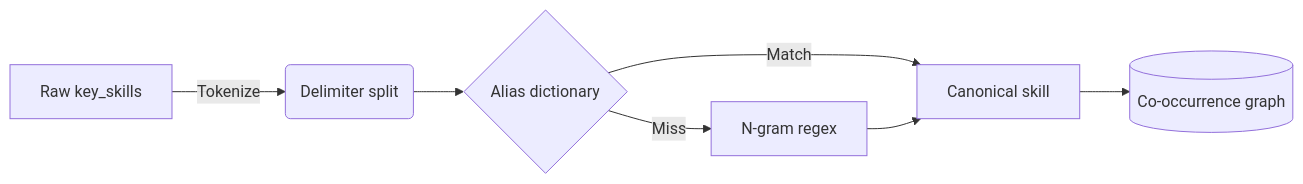
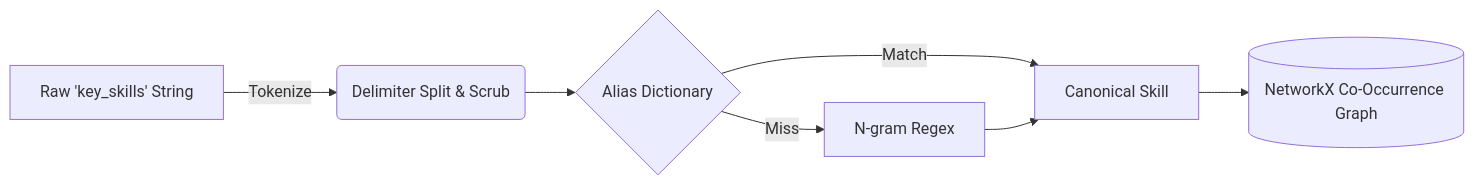
One commit to 17prabhanshu/ctrl-shift-n-winpeat changed the second of 3 diagrams in README.md. Above: the diagram before and after it, drawn with Mermaid. The commit also changed other lines of this file and 2 other files, not shown here.

Commit message:
Add Core Innovations & Architectural Forensics pitch document to highlight novel methodology

````diff
--- a/README.md
+++ b/README.md
@@ -103,9 +92,9 @@
 ```mermaid
 flowchart LR
-    A["Raw key_skills"] -->|Tokenize| B(Delimiter split)
-    B --> C{Alias dictionary}
-    C -->|Match| D[Canonical skill]
-    C -->|Miss| E[N-gram regex]
+    A[Raw 'key_skills' String] -->|Tokenize| B(Delimiter Split & Scrub)
+    B --> C{Alias Dictionary}
+    C -->|Match| D[Canonical Skill]
+    C -->|Miss| E[N-gram Regex]
     E --> D
-    D --> F[(Co-occurrence graph)]
+    D --> F[(NetworkX Co-Occurrence Graph)]
 ```
````
